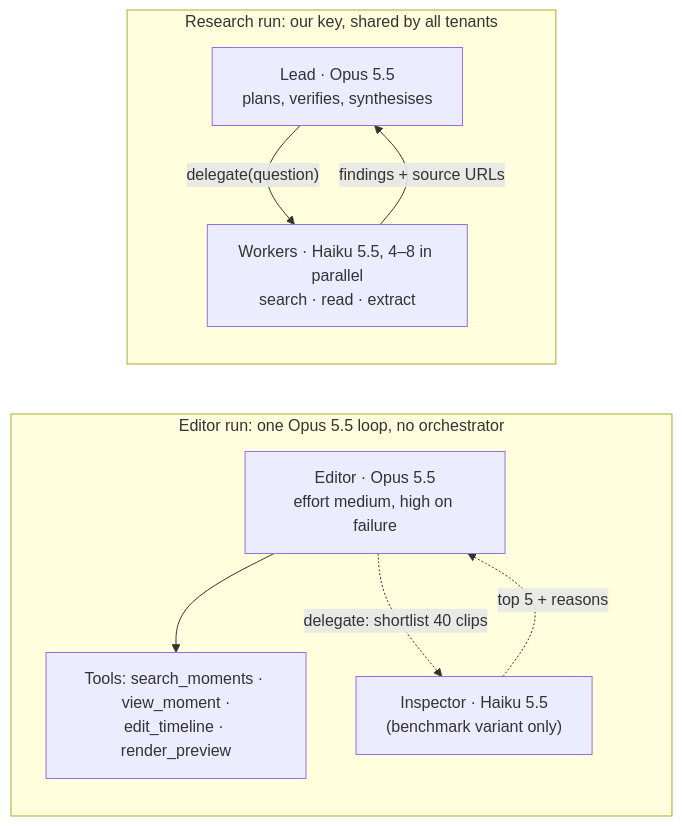
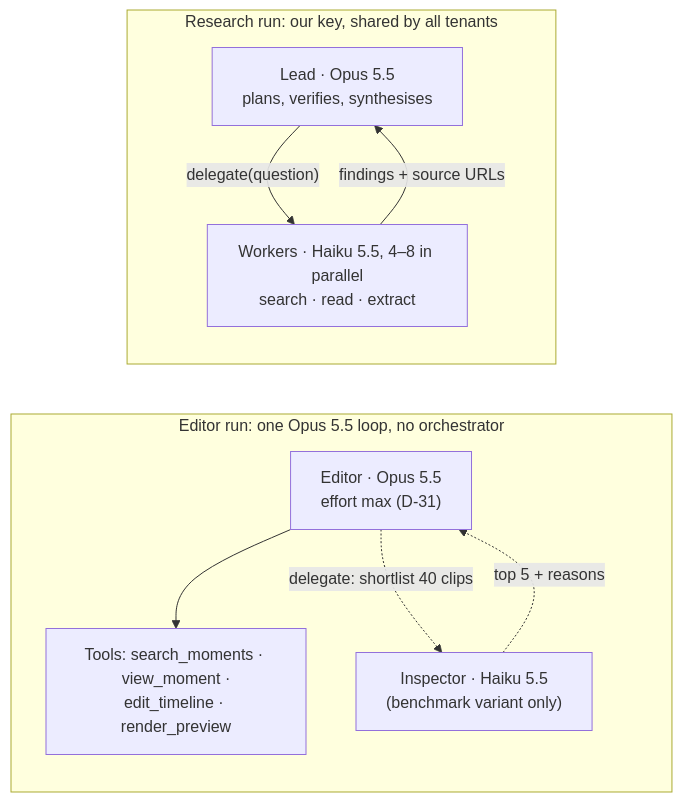
Before and after one commit to nilpntr/content-fabrique: the fourth of 4 diagrams in docs/03-architecture.md, drawn with Mermaid. The commit also changed other lines of this file and 47 other files, not shown here.

First line of the commit message:
Editor at max effort: routing, price list 2026-10c, videos derived from the list

````diff
--- a/docs/03-architecture.md
+++ b/docs/03-architecture.md
@@ -447,17 +448,17 @@
 ```mermaid
 flowchart LR
   subgraph EDIT["Editor run: one Opus 5.5 loop, no orchestrator"]
-    E["Editor · Opus 5.5<br/>effort medium, high on failure"]
+    E["Editor · Opus 5.5<br/>effort max (D-31)"]
     T["Tools: search_moments · view_moment ·<br/>edit_timeline · render_preview"]
     I["Inspector · Haiku 5.5<br/>(benchmark variant only)"]
     E --> T
     E -.->|"delegate: shortlist 40 clips"| I
     I -.->|"top 5 + reasons"| E
   end
   subgraph RES["Research run: our key, shared by all tenants"]
     L["Lead · Opus 5.5<br/>plans, verifies, synthesises"]
     W["Workers · Haiku 5.5, 4–8 in parallel<br/>search · read · extract"]
     L -->|"delegate(question)"| W
     W -->|"findings + source URLs"| L
   end
 ```
````
